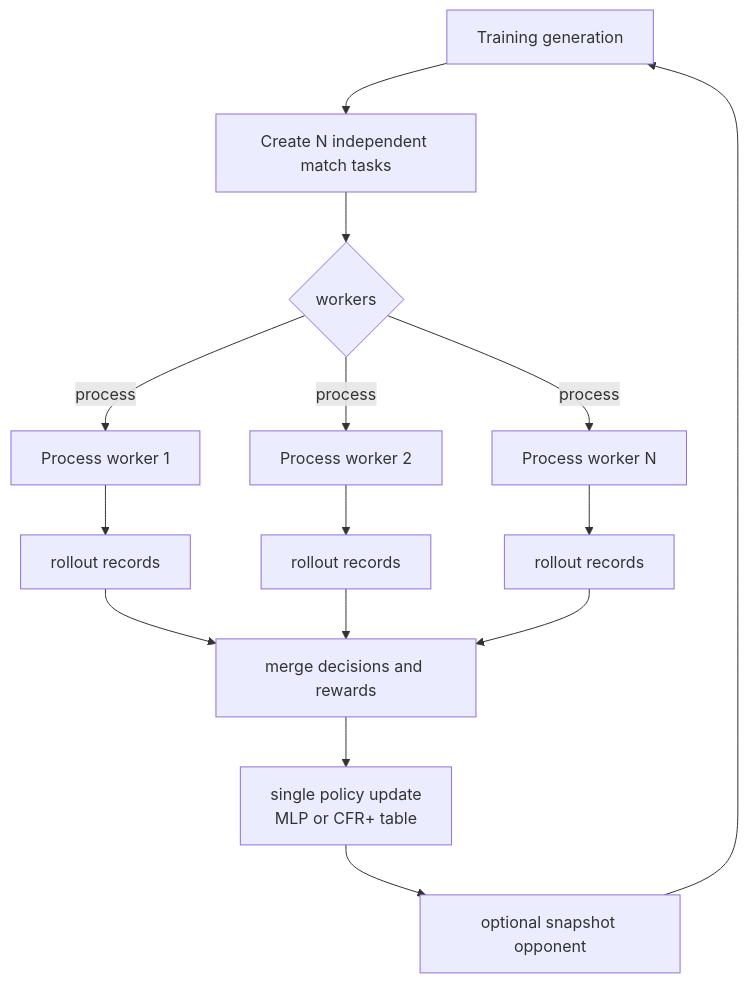
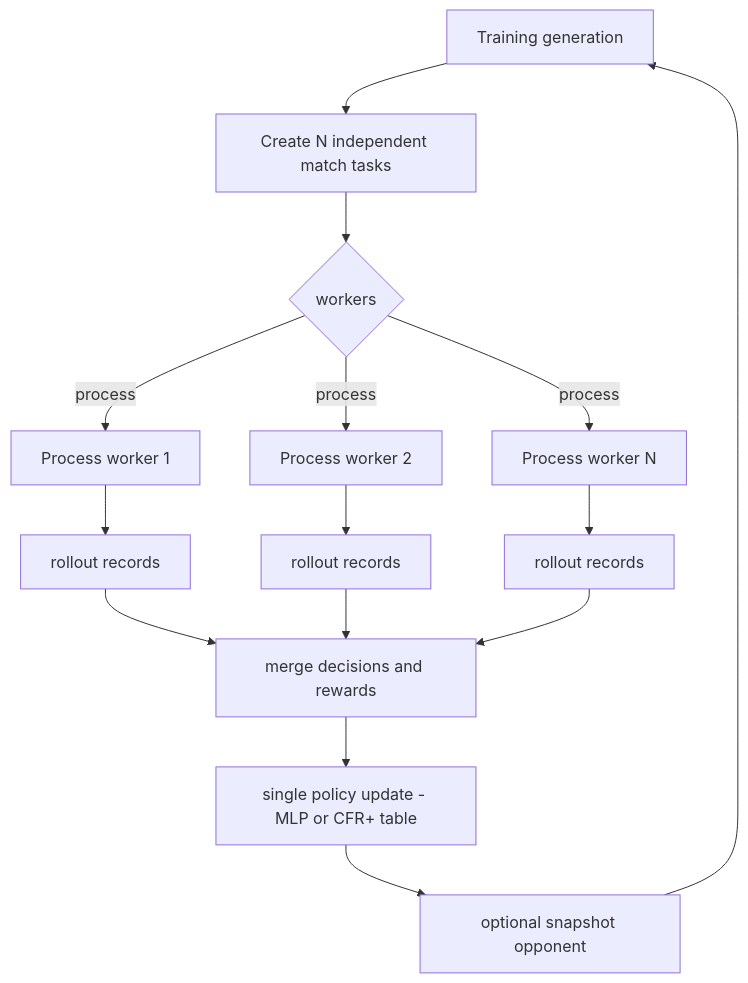
Before and after one commit to kosunghun317/fullhouse-engine: the second of 2 diagrams in docs/real-training-pipeline-plan.md, drawn with Mermaid. The commit also changed other lines of this file and 13 other files, not shown here.

Commit message:
docs: normalize mermaid diagrams

````diff
--- a/docs/real-training-pipeline-plan.md
+++ b/docs/real-training-pipeline-plan.md
@@ -193,17 +193,17 @@
 ```mermaid
 graph TD
     Generation["Training generation"] --> Tasks["Create N independent match tasks"]
     Tasks --> Workers{"workers"}
     Workers -->|process| P1["Process worker 1"]
     Workers -->|process| P2["Process worker 2"]
     Workers -->|process| Pn["Process worker N"]
     P1 --> R1["rollout records"]
     P2 --> R2["rollout records"]
     Pn --> Rn["rollout records"]
     R1 --> Merge["merge decisions and rewards"]
     R2 --> Merge
     Rn --> Merge
-    Merge --> Update["single policy update\nMLP or CFR+ table"]
+    Merge --> Update["single policy update - MLP or CFR+ table"]
     Update --> Snapshot["optional snapshot opponent"]
     Snapshot --> Generation
 ```
````
